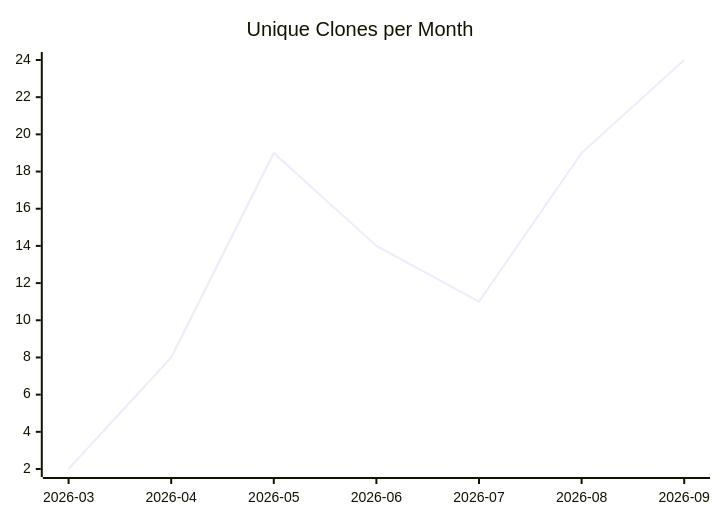
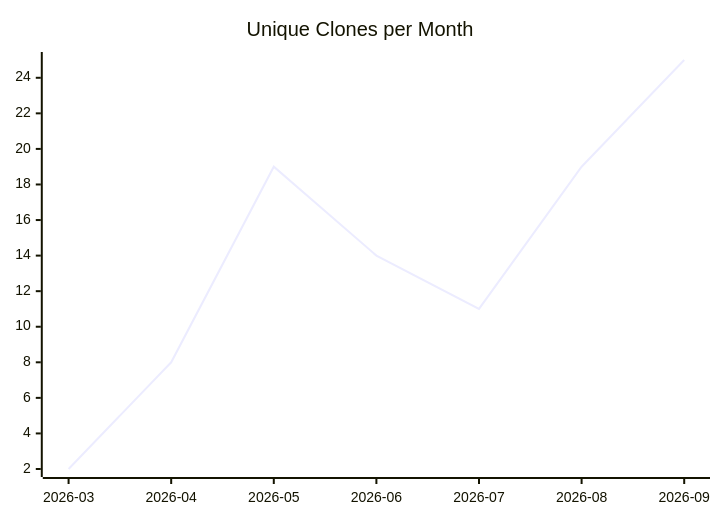
Before and after one commit to justdavis-family/github-analytics-data: the third of 3 diagrams in karlmdavis/rps-tourney/README.md, drawn with Mermaid. The commit also changed other lines of this file and 196 other files, not shown here.

````diff
--- a/karlmdavis/rps-tourney/README.md
+++ b/karlmdavis/rps-tourney/README.md
@@ -19,6 +19,6 @@
 ```mermaid
 xychart-beta
   title "Unique Clones per Month"
   x-axis ["2026-03", "2026-04", "2026-05", "2026-06", "2026-07", "2026-08", "2026-09"]
-  line [2, 8, 19, 14, 11, 19, 24]
+  line [2, 8, 19, 14, 11, 19, 25]
 ```
````
